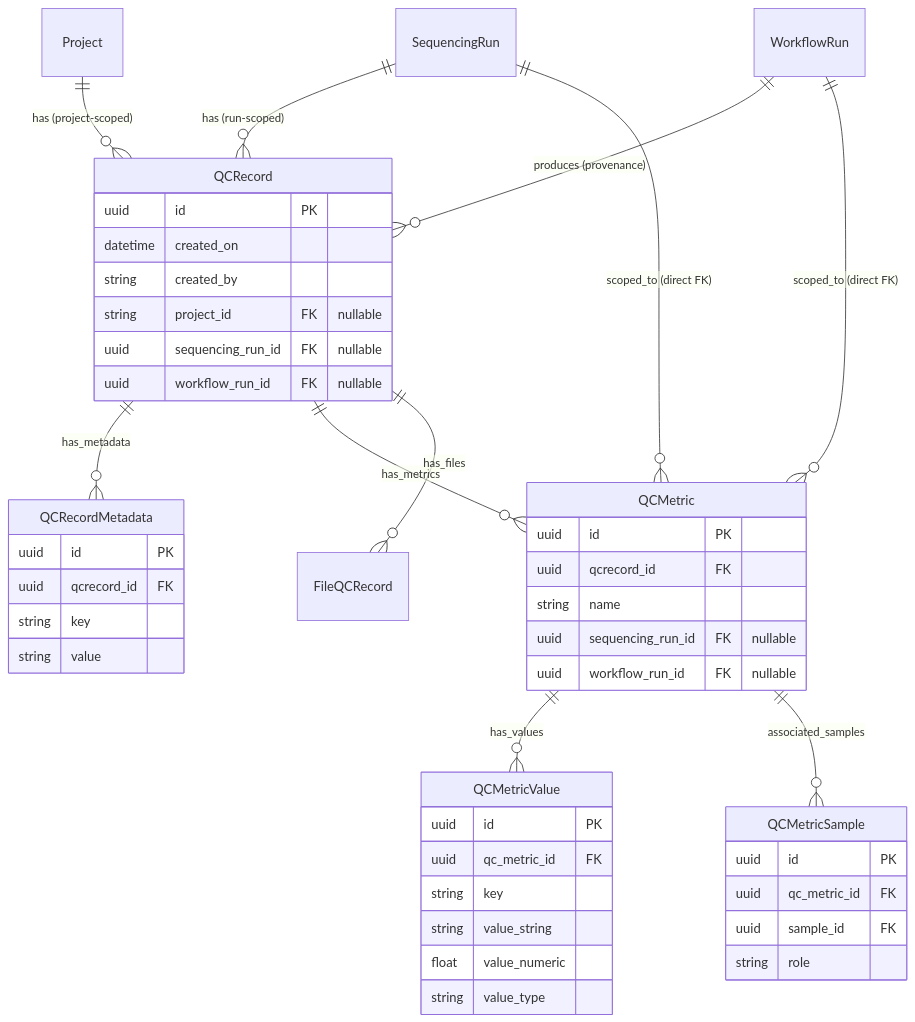
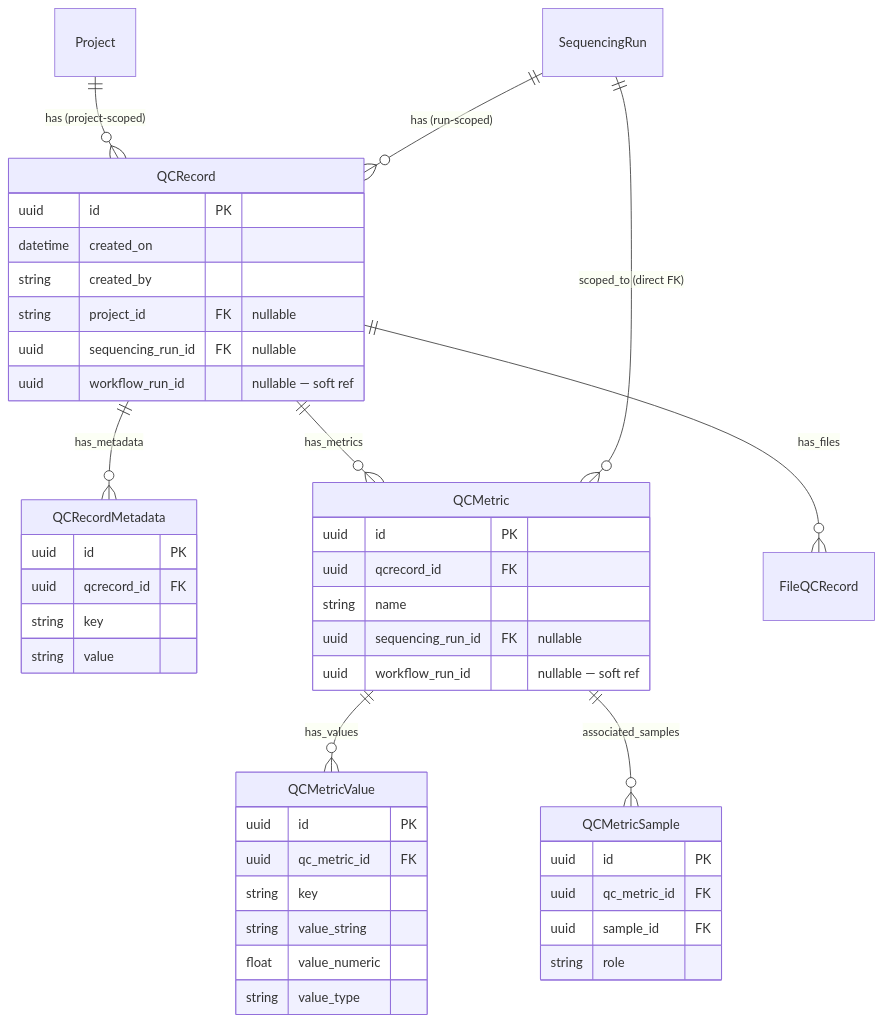
One commit to NGS360/APIServer changed the diagram in docs/QCMETRICS.md. Above: the diagram before and after it, drawn with Mermaid. The commit also changed other lines of this file and 34 other files, not shown here.

````diff
--- a/docs/QCMETRICS.md
+++ b/docs/QCMETRICS.md
@@ -24,53 +24,51 @@
 ```mermaid
 erDiagram
     Project ||--o{ QCRecord : "has (project-scoped)"
     SequencingRun ||--o{ QCRecord : "has (run-scoped)"
-    WorkflowRun ||--o{ QCRecord : "produces (provenance)"
     QCRecord ||--o{ QCRecordMetadata : has_metadata
     QCRecord ||--o{ QCMetric : has_metrics
     QCRecord ||--o{ FileQCRecord : has_files
     QCMetric ||--o{ QCMetricValue : has_values
     QCMetric ||--o{ QCMetricSample : associated_samples
     SequencingRun ||--o{ QCMetric : "scoped_to (direct FK)"
-    WorkflowRun ||--o{ QCMetric : "scoped_to (direct FK)"
 
     QCRecord {
         uuid id PK
         datetime created_on
         string created_by
         string project_id FK "nullable"
         uuid sequencing_run_id FK "nullable"
-        uuid workflow_run_id FK "nullable"
+        uuid workflow_run_id "nullable — soft ref"
     }
 
     QCRecordMetadata {
         uuid id PK
         uuid qcrecord_id FK
         string key
         string value
     }
 
     QCMetric {
         uuid id PK
         uuid qcrecord_id FK
         string name
         uuid sequencing_run_id FK "nullable"
-        uuid workflow_run_id FK "nullable"
+        uuid workflow_run_id "nullable — soft ref"
     }
 
     QCMetricValue {
         uuid id PK
         uuid qc_metric_id FK
         string key
         string value_string
         float value_numeric
         string value_type
     }
 
     QCMetricSample {
         uuid id PK
         uuid qc_metric_id FK
         uuid sample_id FK
         string role
     }
 ```
````
